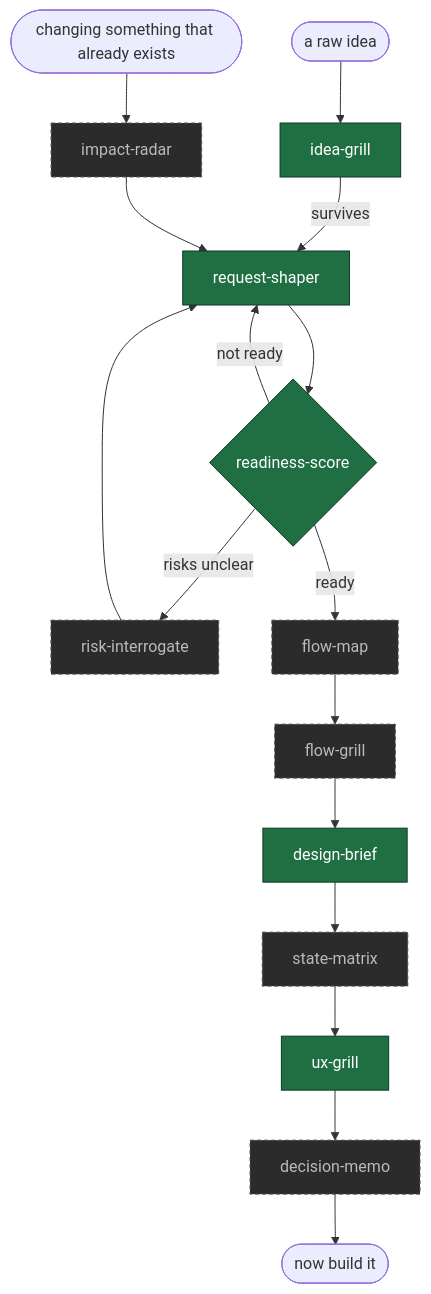
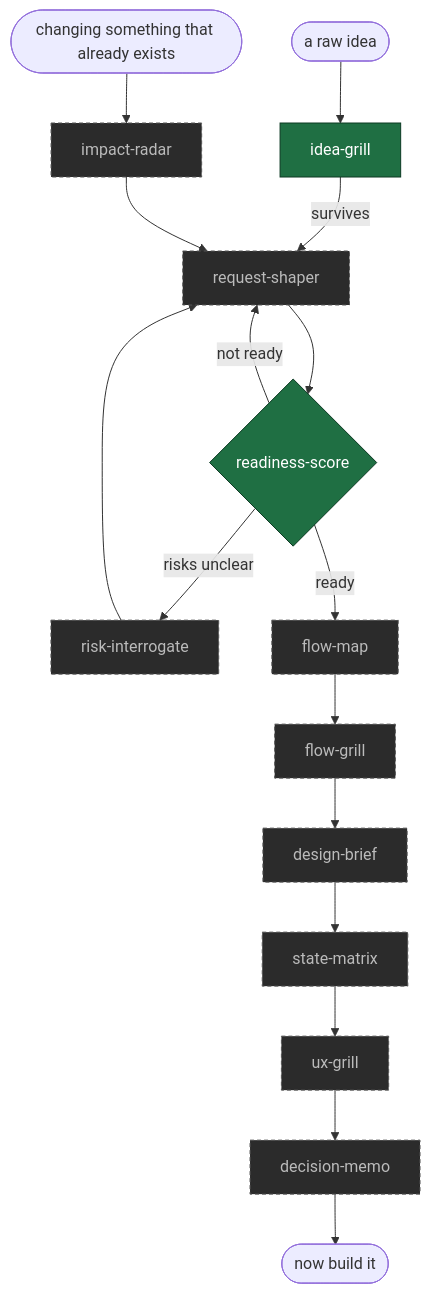
One commit to ratipcan-uysal/before-you-build changed the diagram in README.md. Above: the diagram before and after it, drawn with Mermaid.

Commit message:
Fix README diagram: mark only shipped skills as shipped
The whole of wave one was coloured as done. Two are.

````diff
--- a/README.md
+++ b/README.md
@@ -20,23 +20,23 @@
 ```mermaid
 flowchart TD
     idea([a raw idea]) --> IG[idea-grill]
     IG -->|survives| RS[request-shaper]
     RS --> SC{readiness-score}
     SC -->|not ready| RS
     SC -->|risks unclear| RI[risk-interrogate]
     RI --> RS
     SC -->|ready| FM[flow-map]
     FM --> FG[flow-grill]
     FG --> DB[design-brief]
     DB --> SM[state-matrix]
     SM --> UX[ux-grill]
     UX --> DM[decision-memo]
     DM --> out([now build it])
     change([changing something that already exists]) --> IR[impact-radar]
     IR --> RS
 
     classDef shipped fill:#1f6f43,stroke:#0d3a23,color:#fff
     classDef planned fill:#2b2b2b,stroke:#555,color:#bbb,stroke-dasharray:4 3
-    class IG,RS,SC,DB,UX shipped
-    class RI,FM,FG,SM,IR,DM planned
+    class IG,SC shipped
+    class RS,RI,FM,FG,DB,SM,UX,IR,DM planned
 ```
````
